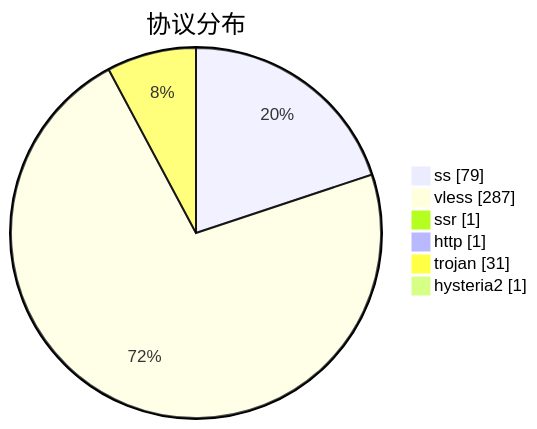
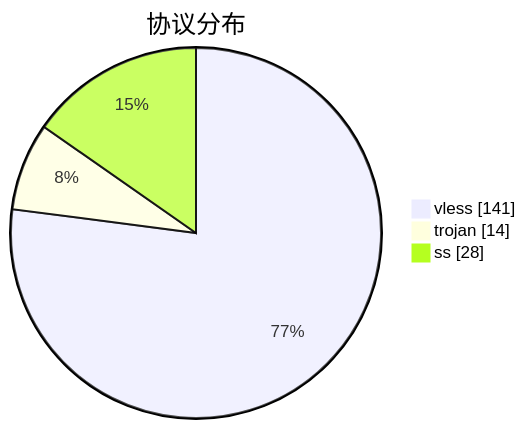
One commit to qjlxg/airport changed the third of 3 diagrams in subs/statistics/tested_within.md. Above: the diagram before and after it, drawn with Mermaid. The commit also changed other lines of this file and 2 other files, not shown here.

````diff
--- a/subs/statistics/tested_within.md
+++ b/subs/statistics/tested_within.md
@@ -32,10 +27,7 @@
 ```mermaid
 pie showData
 title 协议分布
-"ss" : 79
-"vless" : 287
-"ssr" : 1
-"http" : 1
-"trojan" : 31
-"hysteria2" : 1
+"vless" : 141
+"trojan" : 14
+"ss" : 28
 ```
````
